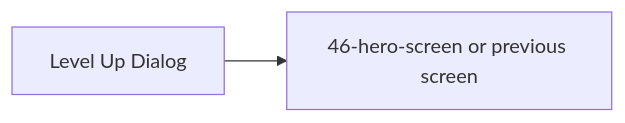
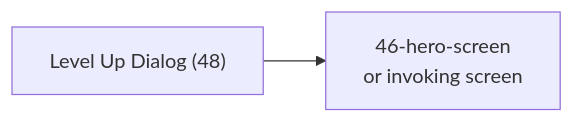
One commit to SunaNoOshiro/Heroes_Reforged_AI_Realms changed the fifth of 5 diagrams in docs/architecture/wiki/screens/48-level-up-dialog/architecture.md. Above: the diagram before and after it, drawn with Mermaid. The commit also changed other lines of this file and 518 other files, not shown here.

First line of the commit message:
Add doc-audit skill and sweep architecture/screen docs

````diff
--- a/docs/architecture/wiki/screens/48-level-up-dialog/architecture.md
+++ b/docs/architecture/wiki/screens/48-level-up-dialog/architecture.md
@@ -68,5 +83,5 @@
 ```mermaid
 flowchart LR
-  Current["Level Up Dialog"]
-  Current --> T0["46-hero-screen or previous screen"]
+  Current["Level Up Dialog (48)"]
+  Current --> Back["46-hero-screen<br/>or invoking screen"]
 ```
````
